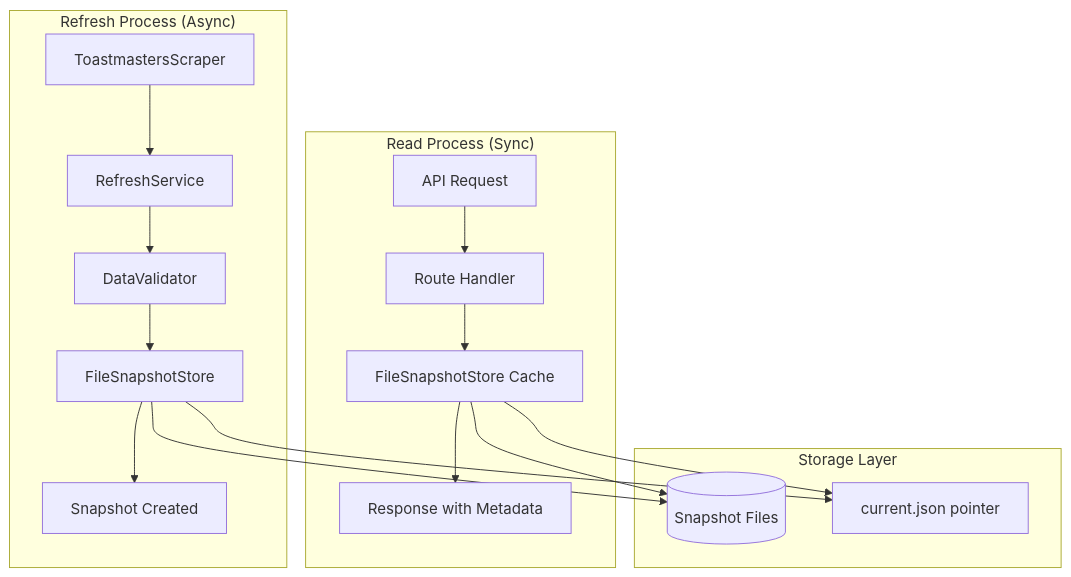
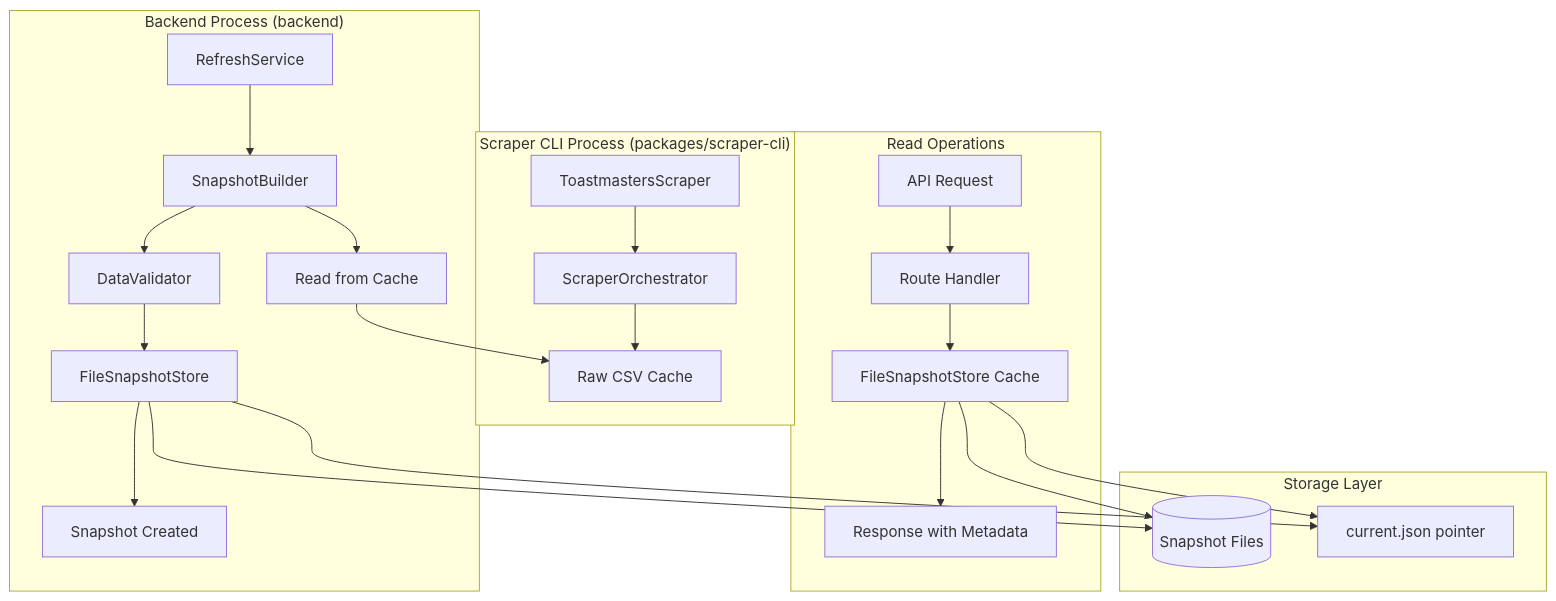
The first of 3 diagrams in docs/BACKEND_ARCHITECTURE.md (rservant/toast-stats), drawn with Mermaid before and after one commit. The commit also changed other lines of this file and 6 other files, not shown here.

First line of the commit message:
docs: update documentation for scraper-cli separation

````diff
--- a/docs/BACKEND_ARCHITECTURE.md
+++ b/docs/BACKEND_ARCHITECTURE.md
@@ -64,25 +67,32 @@
 ```mermaid
 graph TB
-    subgraph "Refresh Process (Async)"
-        A[ToastmastersScraper] --> B[RefreshService]
-        B --> C[DataValidator]
-        C --> D[FileSnapshotStore]
-        D --> E[Snapshot Created]
+    subgraph "Scraper CLI Process (packages/scraper-cli)"
+        A[ToastmastersScraper] --> B[ScraperOrchestrator]
+        B --> C[Raw CSV Cache]
     end
 
-    subgraph "Read Process (Sync)"
-        F[API Request] --> G[Route Handler]
-        G --> H[FileSnapshotStore Cache]
-        H --> I[Response with Metadata]
+    subgraph "Backend Process (backend)"
+        D[RefreshService] --> E[SnapshotBuilder]
+        E --> F[Read from Cache]
+        F --> C
+        E --> G[DataValidator]
+        G --> H[FileSnapshotStore]
+        H --> I[Snapshot Created]
+    end
+
+    subgraph "Read Operations"
+        J[API Request] --> K[Route Handler]
+        K --> L[FileSnapshotStore Cache]
+        L --> M[Response with Metadata]
     end
 
     subgraph "Storage Layer"
-        J[(Snapshot Files)]
-        K[current.json pointer]
+        N[(Snapshot Files)]
+        O[current.json pointer]
     end
 
-    D --> J
-    D --> K
-    H --> K
-    H --> J
+    H --> N
+    H --> O
+    L --> O
+    L --> N
 ```
````
